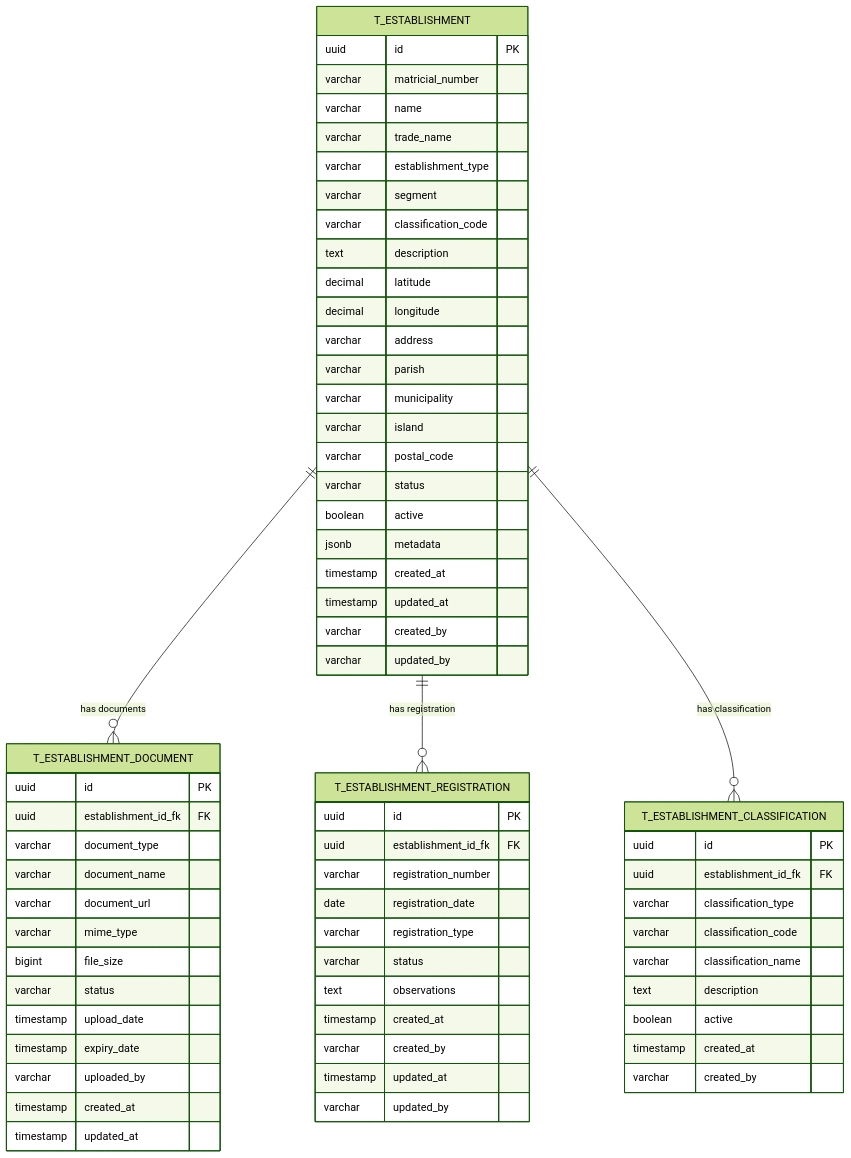
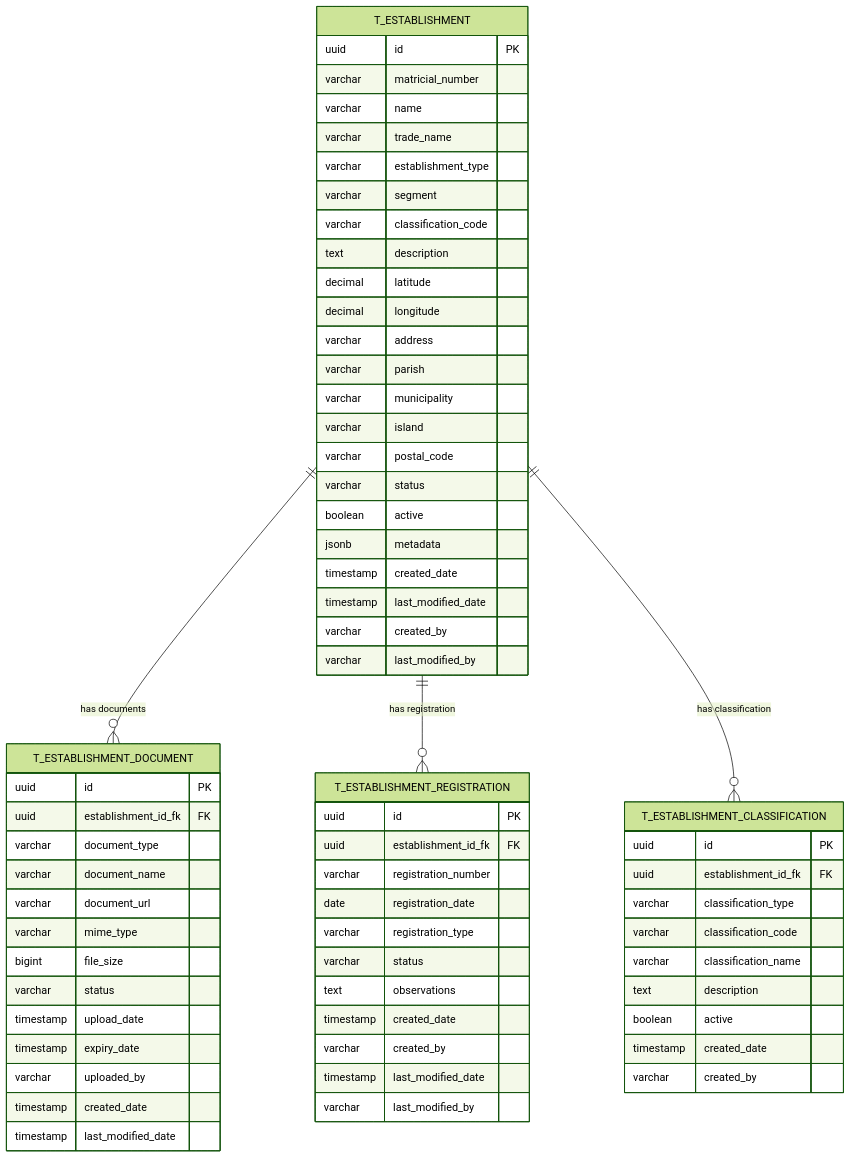
The diagram in .trae/documents/PR02.01-BE-LIC-Gestao-Estabelecimentos.md (TA-Digital-CV/licenciamento-backend), drawn with Mermaid (forest theme) before and after one commit. The commit also changed other lines of this file and 16 other files, not shown here.

First line of the commit message:
refactor(database): standardize timestamp column names to created_date and last_modified_date

````diff
--- a/.trae/documents/PR02.01-BE-LIC-Gestao-Estabelecimentos.md
+++ b/.trae/documents/PR02.01-BE-LIC-Gestao-Estabelecimentos.md
@@ -25,73 +25,73 @@
 ```mermaid
 erDiagram
     T_ESTABLISHMENT {
         uuid id PK
         varchar matricial_number
         varchar name
         varchar trade_name
         varchar establishment_type
         varchar segment
         varchar classification_code
         text description
         decimal latitude
         decimal longitude
         varchar address
         varchar parish
         varchar municipality
         varchar island
         varchar postal_code
         varchar status
         boolean active
         jsonb metadata
-        timestamp created_at
-        timestamp updated_at
+        timestamp created_date
+        timestamp last_modified_date
         varchar created_by
-        varchar updated_by
+        varchar last_modified_by
     }
 
     T_ESTABLISHMENT_DOCUMENT {
         uuid id PK
         uuid establishment_id_fk FK
         varchar document_type
         varchar document_name
         varchar document_url
         varchar mime_type
         bigint file_size
         varchar status
         timestamp upload_date
         timestamp expiry_date
         varchar uploaded_by
-        timestamp created_at
-        timestamp updated_at
+        timestamp created_date
+        timestamp last_modified_date
     }
 
     T_ESTABLISHMENT_REGISTRATION {
         uuid id PK
         uuid establishment_id_fk FK
         varchar registration_number
         date registration_date
         varchar registration_type
         varchar status
         text observations
-        timestamp created_at
+        timestamp created_date
         varchar created_by
-        timestamp updated_at
-        varchar updated_by
+        timestamp last_modified_date
+        varchar last_modified_by
     }
 
     T_ESTABLISHMENT_CLASSIFICATION {
         uuid id PK
         uuid establishment_id_fk FK
         varchar classification_type
         varchar classification_code
         varchar classification_name
         text description
         boolean active
-        timestamp created_at
+        timestamp created_date
         varchar created_by
     }
 
     T_ESTABLISHMENT ||--o{ T_ESTABLISHMENT_DOCUMENT : "has documents"
     T_ESTABLISHMENT ||--o{ T_ESTABLISHMENT_REGISTRATION : "has registration"
     T_ESTABLISHMENT ||--o{ T_ESTABLISHMENT_CLASSIFICATION : "has classification"
 ```
````
